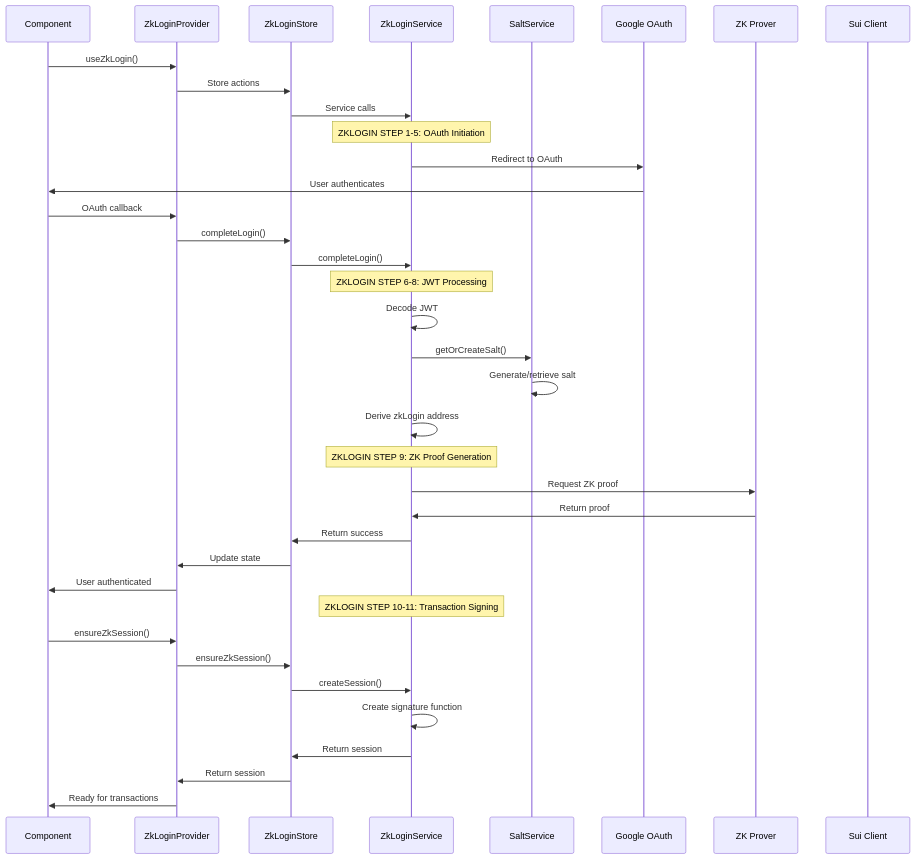
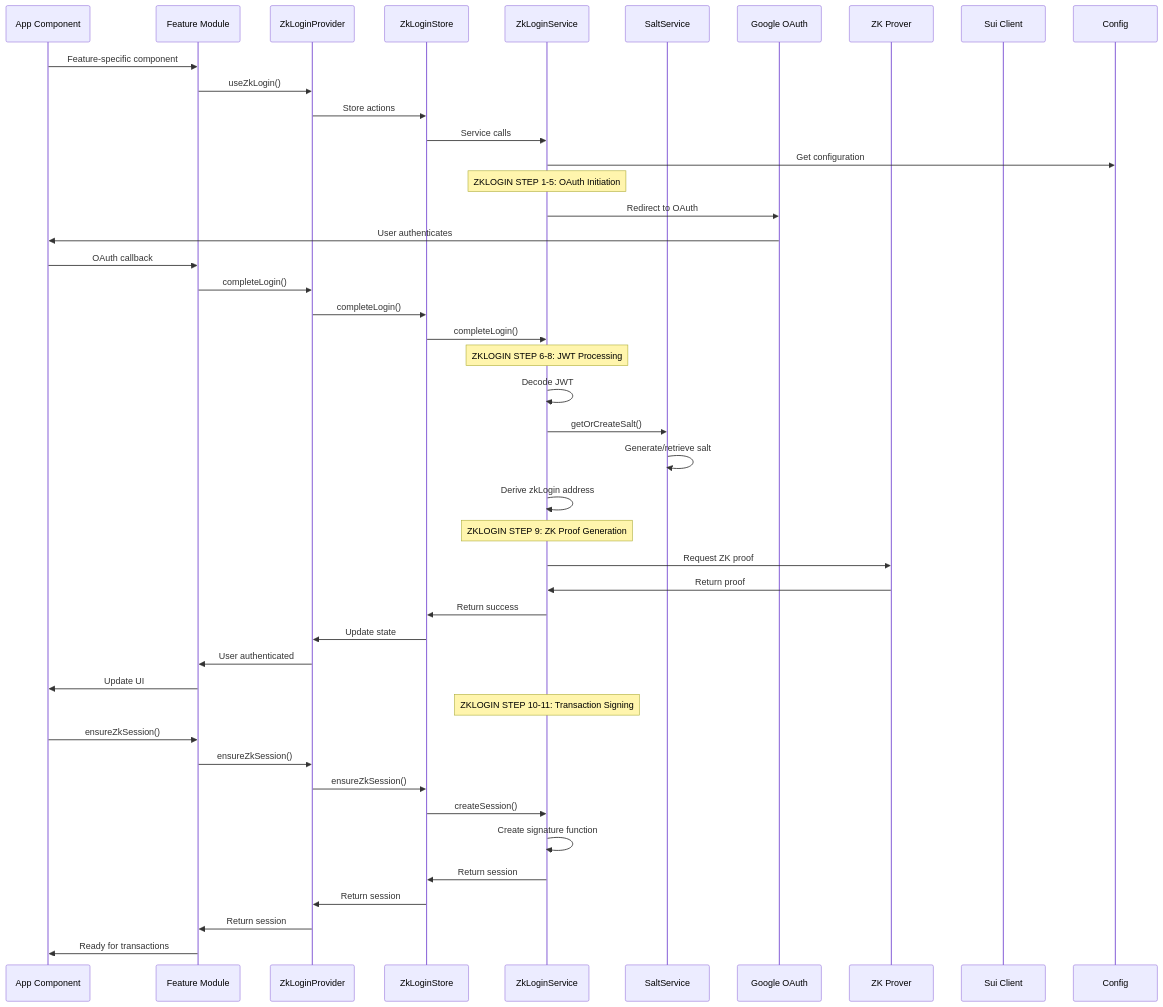
The third of 5 diagrams in README.md (SpiralOutDotEu/sui-zklogin-boilerplate), drawn with Mermaid before and after one commit. The commit also changed other lines of this file and 5 other files, not shown here.

````diff
--- a/README.md
+++ b/README.md
@@ -314,44 +402,52 @@
 ```mermaid
 sequenceDiagram
-    participant C as Component
+    participant C as App Component
+    participant F as Feature Module
     participant P as ZkLoginProvider
     participant S as ZkLoginStore
     participant ZS as ZkLoginService
     participant SS as SaltService
     participant G as Google OAuth
     participant ZP as ZK Prover
     participant SC as Sui Client
+    participant CFG as Config
 
-    C->>P: useZkLogin()
+    C->>F: Feature-specific component
+    F->>P: useZkLogin()
     P->>S: Store actions
     S->>ZS: Service calls
+    ZS->>CFG: Get configuration
 
     Note over ZS: ZKLOGIN STEP 1-5: OAuth Initiation
     ZS->>G: Redirect to OAuth
     G->>C: User authenticates
-    C->>P: OAuth callback
+    C->>F: OAuth callback
+    F->>P: completeLogin()
     P->>S: completeLogin()
     S->>ZS: completeLogin()
 
     Note over ZS: ZKLOGIN STEP 6-8: JWT Processing
     ZS->>ZS: Decode JWT
     ZS->>SS: getOrCreateSalt()
     SS->>SS: Generate/retrieve salt
     ZS->>ZS: Derive zkLogin address
 
     Note over ZS: ZKLOGIN STEP 9: ZK Proof Generation
     ZS->>ZP: Request ZK proof
     ZP->>ZS: Return proof
     ZS->>S: Return success
     S->>P: Update state
-    P->>C: User authenticated
+    P->>F: User authenticated
+    F->>C: Update UI
 
     Note over ZS: ZKLOGIN STEP 10-11: Transaction Signing
-    C->>P: ensureZkSession()
+    C->>F: ensureZkSession()
+    F->>P: ensureZkSession()
     P->>S: ensureZkSession()
     S->>ZS: createSession()
     ZS->>ZS: Create signature function
     ZS->>S: Return session
     S->>P: Return session
-    P->>C: Ready for transactions
+    P->>F: Return session
+    F->>C: Ready for transactions
 ```
````
